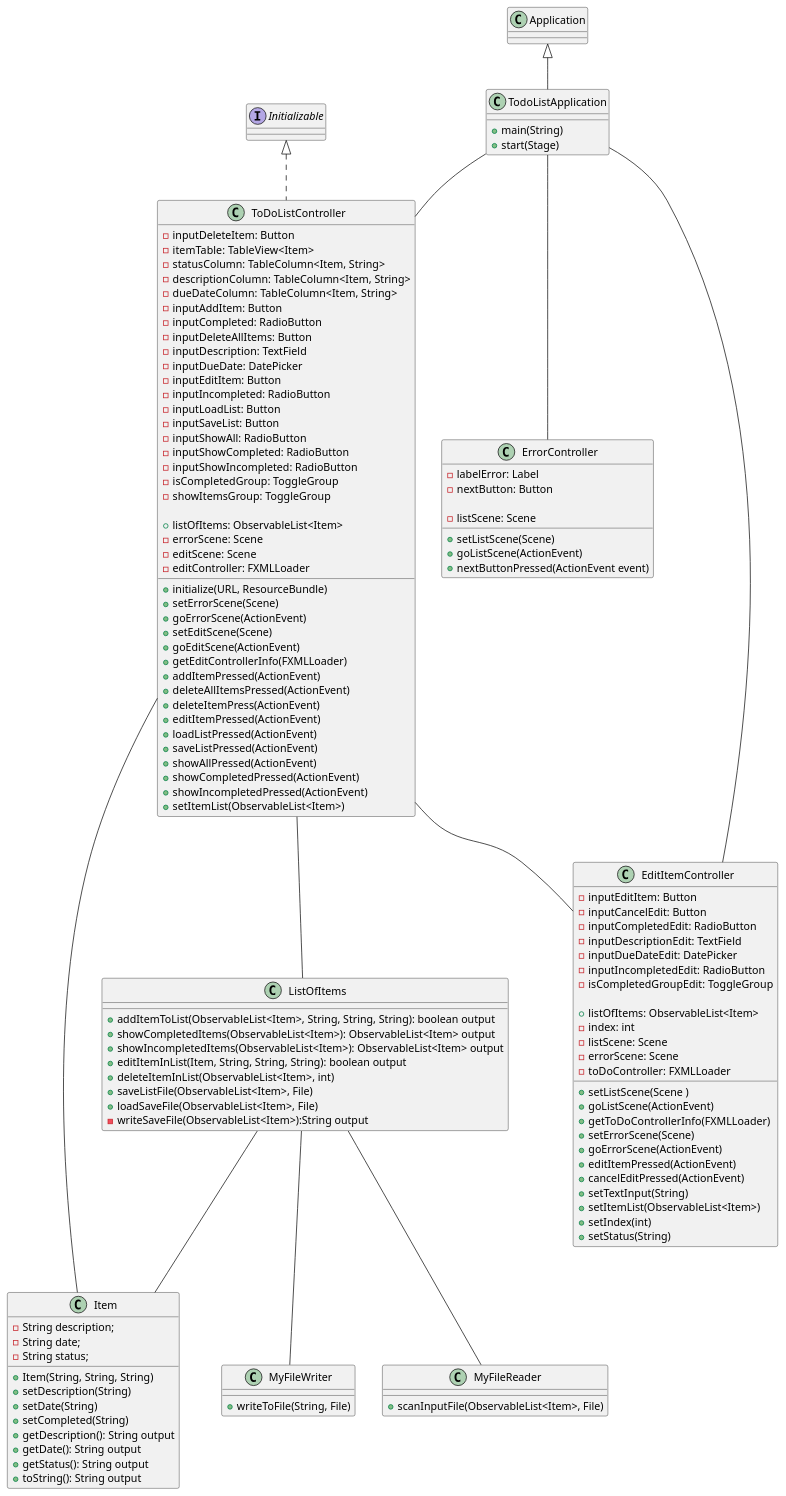
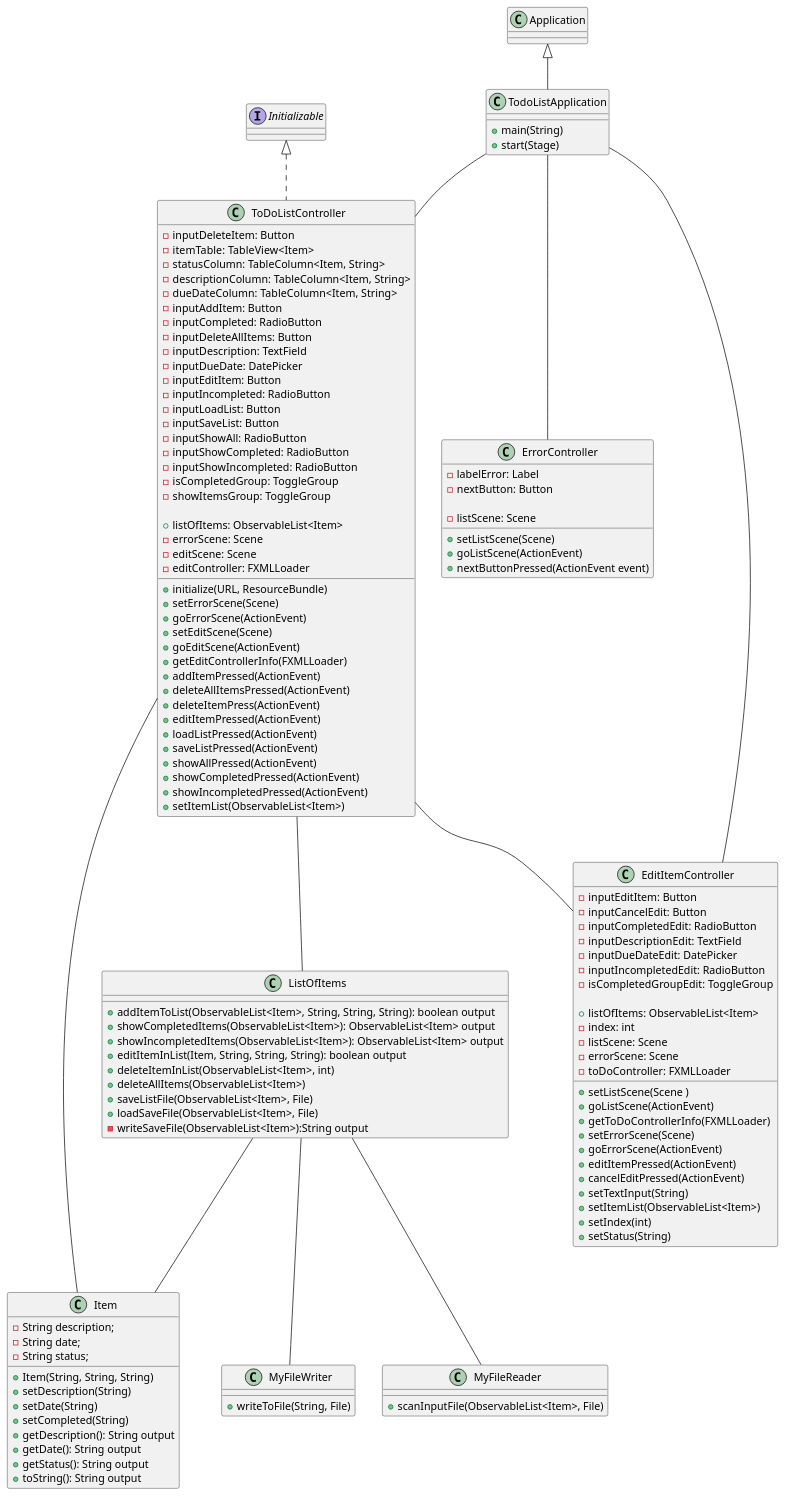
Before and after one commit to MarcPalacio/palacio-app1-impl: the diagram in docs/Application01ImplementationUML.puml, drawn with PlantUML.

Commit message:
5th commit updated UML file

```diff
--- a/docs/Application01ImplementationUML.puml
+++ b/docs/Application01ImplementationUML.puml
@@ -1,153 +1,154 @@
 @startuml
 class TodoListApplication extends Application {
     'Methods
     +main(String)
     +start(Stage)
 }
 
 class ToDoListController implements Initializable {
     'FXML elements
      -inputDeleteItem: Button
      -itemTable: TableView<Item>
      -statusColumn: TableColumn<Item, String>
      -descriptionColumn: TableColumn<Item, String>
      -dueDateColumn: TableColumn<Item, String>
      -inputAddItem: Button
      -inputCompleted: RadioButton
      -inputDeleteAllItems: Button
      -inputDescription: TextField
      -inputDueDate: DatePicker
      -inputEditItem: Button
      -inputIncompleted: RadioButton
      -inputLoadList: Button
      -inputSaveList: Button
      -inputShowAll: RadioButton
      -inputShowCompleted: RadioButton
      -inputShowIncompleted: RadioButton
      -isCompletedGroup: ToggleGroup
      -showItemsGroup: ToggleGroup
 
     'Attributes
     +listOfItems: ObservableList<Item>
     -errorScene: Scene
     -editScene: Scene
     -editController: FXMLLoader
 
     'Methods
     +initialize(URL, ResourceBundle)
     +setErrorScene(Scene)
     +goErrorScene(ActionEvent)
     +setEditScene(Scene)
     +goEditScene(ActionEvent)
     +getEditControllerInfo(FXMLLoader)
     +addItemPressed(ActionEvent)
     +deleteAllItemsPressed(ActionEvent)
     +deleteItemPress(ActionEvent)
     +editItemPressed(ActionEvent)
     +loadListPressed(ActionEvent)
     +saveListPressed(ActionEvent)
     +showAllPressed(ActionEvent)
     +showCompletedPressed(ActionEvent)
     +showIncompletedPressed(ActionEvent)
     +setItemList(ObservableList<Item>)
 }
 
 class EditItemController{
     'FXML elements
     -inputEditItem: Button
     -inputCancelEdit: Button
     -inputCompletedEdit: RadioButton
     -inputDescriptionEdit: TextField
     -inputDueDateEdit: DatePicker
     -inputIncompletedEdit: RadioButton
     -isCompletedGroupEdit: ToggleGroup
 
     'Attributes
     +listOfItems: ObservableList<Item>
     -index: int
     -listScene: Scene
     -errorScene: Scene
     -toDoController: FXMLLoader
 
     'Methods
     +setListScene(Scene )
     +goListScene(ActionEvent)
     +getToDoControllerInfo(FXMLLoader)
     +setErrorScene(Scene)
     +goErrorScene(ActionEvent)
     +editItemPressed(ActionEvent)
     +cancelEditPressed(ActionEvent)
     +setTextInput(String)
     +setItemList(ObservableList<Item>)
     +setIndex(int)
     +setStatus(String)
 }
 
 class ErrorController {
     'FXML Elements
     -labelError: Label
     -nextButton: Button
 
     'Attributes
     -listScene: Scene
 
     'Methods
     +setListScene(Scene)
     +goListScene(ActionEvent)
     +nextButtonPressed(ActionEvent event)
 }
 
 class Item {
     'Attributes
     -String description;
     -String date;
     -String status;
 
     'Methods
     'Constructor
     +Item(String, String, String)
     'Setters
     +setDescription(String)
     +setDate(String)
     +setCompleted(String)
     'Getters
     +getDescription(): String output
     +getDate(): String output
     +getStatus(): String output
     'toString
     +toString(): String output
 }
 
 class ListOfItems {
     'Methods
     +addItemToList(ObservableList<Item>, String, String, String): boolean output
     +showCompletedItems(ObservableList<Item>): ObservableList<Item> output
     +showIncompletedItems(ObservableList<Item>): ObservableList<Item> output
     +editItemInList(Item, String, String, String): boolean output
     +deleteItemInList(ObservableList<Item>, int)
+    +deleteAllItems(ObservableList<Item>)
     +saveListFile(ObservableList<Item>, File)
     +loadSaveFile(ObservableList<Item>, File)
     -writeSaveFile(ObservableList<Item>):String output
 }
 
 class MyFileReader {
     'Methods
     +scanInputFile(ObservableList<Item>, File)
 }
 
 class MyFileWriter {
     +writeToFile(String, File)
 }
 
 TodoListApplication -- ToDoListController
 TodoListApplication -- EditItemController
 TodoListApplication -- ErrorController
 ToDoListController -- EditItemController
 
 ToDoListController -- ListOfItems
 ToDoListController -- Item
 
 ListOfItems -- Item
 ListOfItems -- MyFileReader
 ListOfItems -- MyFileWriter
 @enduml
```
